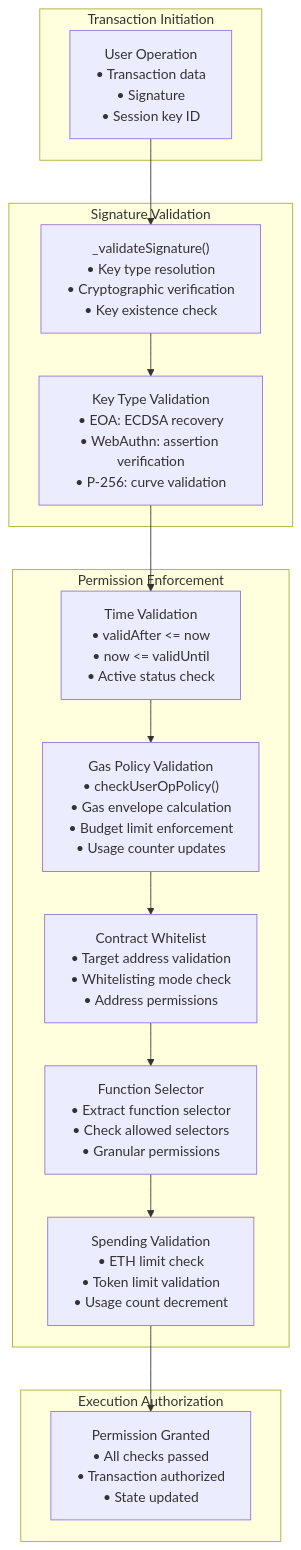
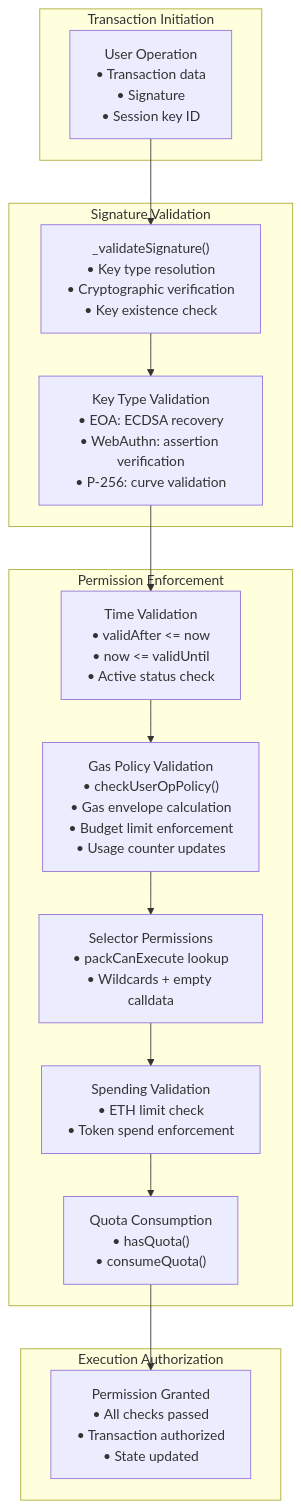
Before and after one commit to openfort-xyz/openfort-7702-account: the sixth of 7 diagrams in docs/SessionKeys.md, drawn with Mermaid. The commit also changed other lines of this file and 1 other file, not shown here.

````diff
--- a/docs/SessionKeys.md
+++ b/docs/SessionKeys.md
@@ -249,33 +213,33 @@
 ```mermaid
 flowchart TD
     subgraph "Transaction Initiation"
         UserOp["User Operation<br/>• Transaction data<br/>• Signature<br/>• Session key ID"]
     end
     
     subgraph "Signature Validation"
         SignatureCheck["_validateSignature()<br/>• Key type resolution<br/>• Cryptographic verification<br/>• Key existence check"]
         KeyTypeSwitch["Key Type Validation<br/>• EOA: ECDSA recovery<br/>• WebAuthn: assertion verification<br/>• P-256: curve validation"]
     end
     
     subgraph "Permission Enforcement"
         TimeCheck["Time Validation<br/>• validAfter <= now<br/>• now <= validUntil<br/>• Active status check"]
         GasPolicyCheck["Gas Policy Validation<br/>• checkUserOpPolicy()<br/>• Gas envelope calculation<br/>• Budget limit enforcement<br/>• Usage counter updates"]
-        WhitelistCheck["Contract Whitelist<br/>• Target address validation<br/>• Whitelisting mode check<br/>• Address permissions"]
-        SelectorCheck["Function Selector<br/>• Extract function selector<br/>• Check allowed selectors<br/>• Granular permissions"]
-        SpendingCheck["Spending Validation<br/>• ETH limit check<br/>• Token limit validation<br/>• Usage count decrement"]
+        SelectorCheck["Selector Permissions<br/>• packCanExecute lookup<br/>• Wildcards + empty calldata"]
+        SpendingCheck["Spending Validation<br/>• ETH limit check<br/>• Token spend enforcement"]
+        QuotaCheck["Quota Consumption<br/>• hasQuota()<br/>• consumeQuota()"]
     end
     
     subgraph "Execution Authorization"
         ExecutionGrant["Permission Granted<br/>• All checks passed<br/>• Transaction authorized<br/>• State updated"]
     end
 
     %% Flow connections
     UserOp --> SignatureCheck
     SignatureCheck --> KeyTypeSwitch
     KeyTypeSwitch --> TimeCheck
     TimeCheck --> GasPolicyCheck
-    GasPolicyCheck --> WhitelistCheck
-    WhitelistCheck --> SelectorCheck
+    GasPolicyCheck --> SelectorCheck
     SelectorCheck --> SpendingCheck
-    SpendingCheck --> ExecutionGrant
+    SpendingCheck --> QuotaCheck
+    QuotaCheck --> ExecutionGrant
 ```
````
